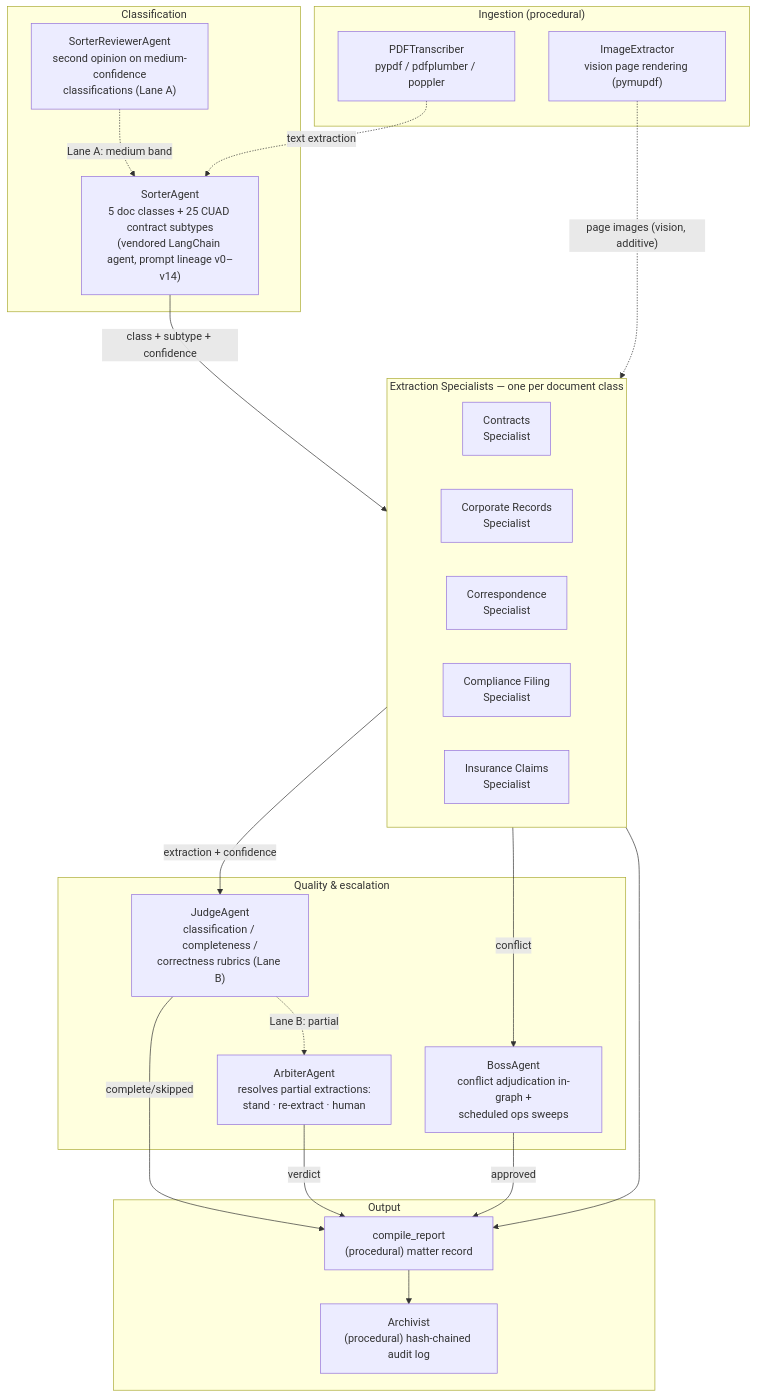
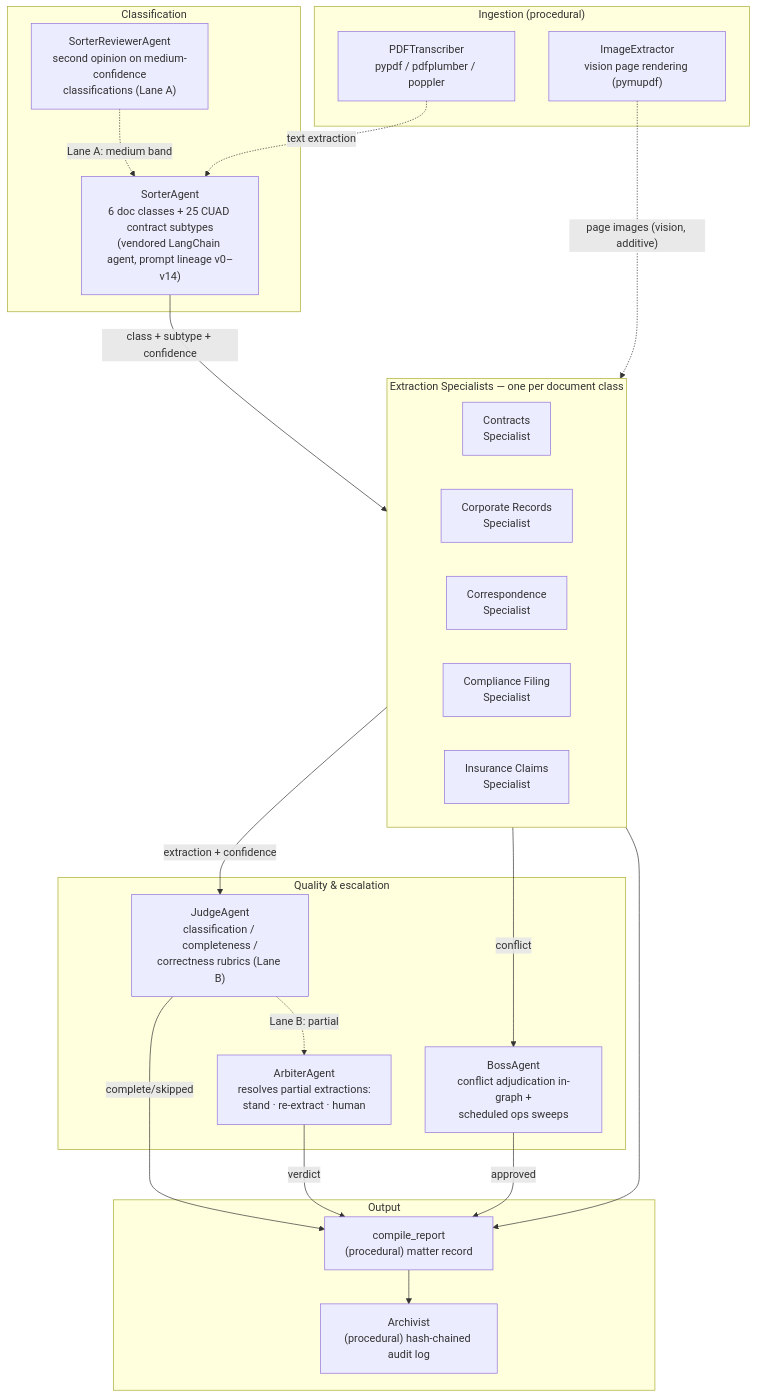
Before and after one commit to Exios66/llm-mailroom: the second of 2 diagrams in README.md, drawn with Mermaid. The commit also changed other lines of this file and 12 other files, not shown here.

````diff
--- a/README.md
+++ b/README.md
@@ -188,44 +188,44 @@
 ```mermaid
 flowchart TB
     subgraph CLASSIFY["Classification"]
-        SORTER["SorterAgent<br/>5 doc classes + 25 CUAD contract subtypes<br/>(vendored LangChain agent, prompt lineage v0–v14)"]
+        SORTER["SorterAgent<br/>6 doc classes + 25 CUAD contract subtypes<br/>(vendored LangChain agent, prompt lineage v0–v14)"]
         REVIEWER["SorterReviewerAgent<br/>second opinion on medium-confidence<br/>classifications (Lane A)"]
     end
 
     subgraph SPECIALISTS["Extraction Specialists — one per document class"]
         CONTRACTS["Contracts<br/>Specialist"]
         CORP["Corporate Records<br/>Specialist"]
         CORR["Correspondence<br/>Specialist"]
         COMP["Compliance Filing<br/>Specialist"]
         INS["Insurance Claims<br/>Specialist"]
     end
 
     subgraph QUALITY["Quality & escalation"]
         JUDGE["JudgeAgent<br/>classification / completeness /<br/>correctness rubrics (Lane B)"]
         ARBITER["ArbiterAgent<br/>resolves partial extractions:<br/>stand · re-extract · human"]
         BOSS["BossAgent<br/>conflict adjudication in-graph +<br/>scheduled ops sweeps"]
     end
 
     subgraph OUTPUT["Output"]
         REPORTER["compile_report<br/>(procedural) matter record"]
         ARCHIVIST["Archivist<br/>(procedural) hash-chained audit log"]
     end
 
     subgraph INGEST2["Ingestion (procedural)"]
         PDF["PDFTranscriber<br/>pypdf / pdfplumber / poppler"]
         IMG["ImageExtractor<br/>vision page rendering (pymupdf)"]
     end
 
     SORTER -- "class + subtype + confidence" --> SPECIALISTS
     REVIEWER -. "Lane A: medium band" .-> SORTER
     SPECIALISTS -- "extraction + confidence" --> JUDGE
     JUDGE -. "Lane B: partial" .-> ARBITER
     SPECIALISTS -- "conflict" --> BOSS
     SPECIALISTS --> REPORTER
     JUDGE -- "complete/skipped" --> REPORTER
     ARBITER -- "verdict" --> REPORTER
     BOSS -- "approved" --> REPORTER
     REPORTER --> ARCHIVIST
     PDF -. "text extraction" .-> SORTER
     IMG -. "page images (vision, additive)" .-> SPECIALISTS
 ```
````
